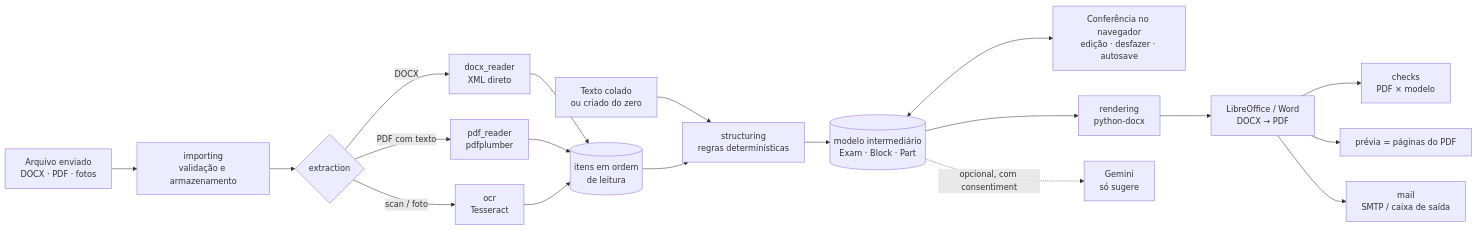
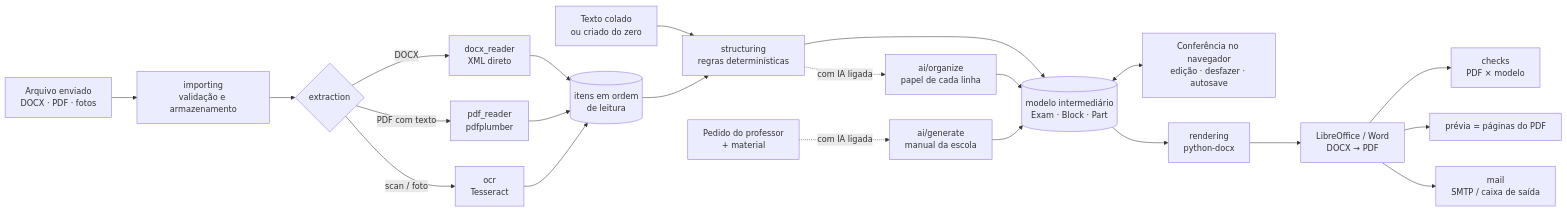
Before and after one commit to LuisPassosRamos/testMaker: the diagram in docs/ARCHITECTURE.md, drawn with Mermaid. The commit also changed other lines of this file and 3 other files, not shown here.

````diff
--- a/docs/ARCHITECTURE.md
+++ b/docs/ARCHITECTURE.md
@@ -7,19 +7,22 @@
 ```mermaid
 flowchart LR
     U[Arquivo enviado<br/>DOCX · PDF · fotos] --> V[importing<br/>validação e armazenamento]
     P[Texto colado<br/>ou criado do zero] --> S
     V --> E{extraction}
     E -->|DOCX| D[docx_reader<br/>XML direto]
     E -->|PDF com texto| T[pdf_reader<br/>pdfplumber]
     E -->|scan / foto| O[ocr<br/>Tesseract]
     D & T & O --> I[(itens em ordem<br/>de leitura)]
     I --> S[structuring<br/>regras determinísticas]
     S --> M[(modelo intermediário<br/>Exam · Block · Part)]
     M <--> R[Conferência no navegador<br/>edição · desfazer · autosave]
     M --> W[rendering<br/>python-docx]
     W --> C[LibreOffice / Word<br/>DOCX → PDF]
     C --> K[checks<br/>PDF × modelo]
     C --> X[prévia = páginas do PDF]
     C --> Mail[mail<br/>SMTP / caixa de saída]
-    M -.opcional, com consentimento.-> AI[Gemini<br/>só sugere]
+    S -.com IA ligada.-> AO[ai/organize<br/>papel de cada linha]
+    AO --> M
+    G[Pedido do professor<br/>+ material] -.com IA ligada.-> AG[ai/generate<br/>manual da escola]
+    AG --> M
 ```
````
